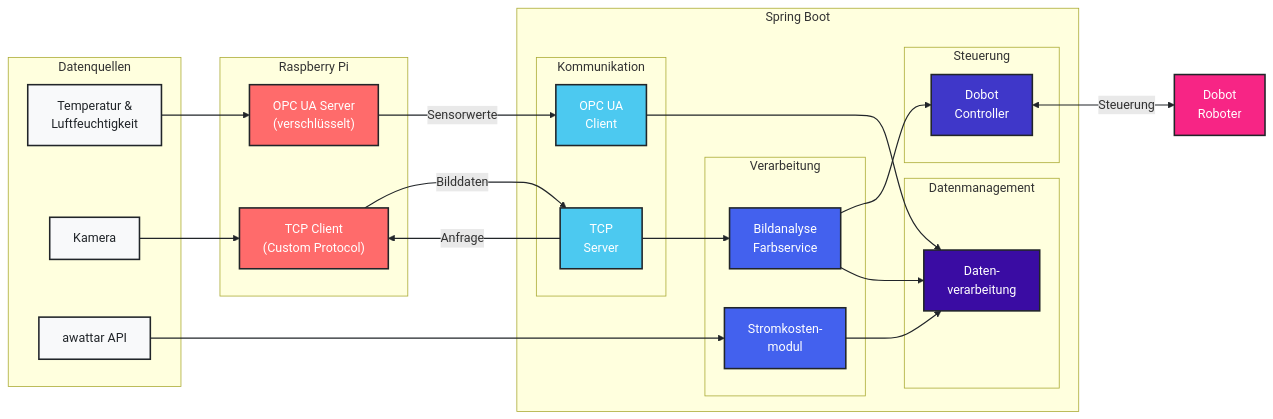
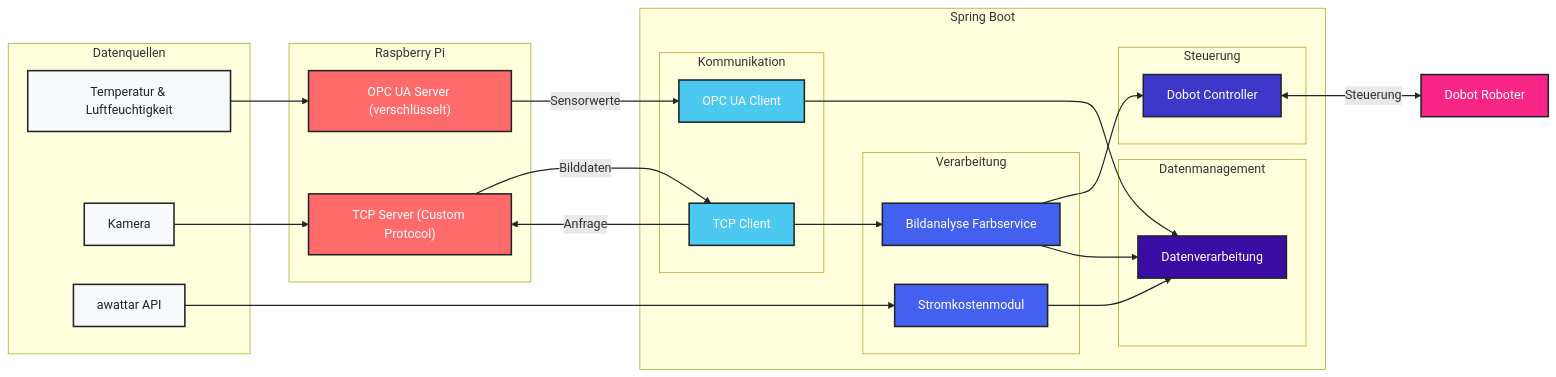
The third of 3 diagrams in docs/02_Systemarchitektur.md (MEscape/die-macher), drawn with Mermaid before and after one commit. The commit also changed other lines of this file and 13 other files, not shown here.

````diff
--- a/docs/02_Systemarchitektur.md
+++ b/docs/02_Systemarchitektur.md
@@ -136,73 +136,73 @@
 ```mermaid
 flowchart LR
     %% Klarere Struktur mit Betonung auf Datenflüssen
     
     %% Datenquellen als dedizierte Gruppe
     subgraph INPUT["Datenquellen"]
-        SENS["Temperatur &\nLuftfeuchtigkeit"]:::source
+        SENS["Temperatur & Luftfeuchtigkeit"]:::source
         CAM["Kamera"]:::source
         AWAPI["awattar API"]:::source
     end
     
     %% Raspberry Pi Komponenten
     subgraph RPI["Raspberry Pi"]
-        RPI_OPC["OPC UA Server\n(verschlüsselt)"]:::rpi
-        RPI_TCP["TCP Client\n(Custom Protocol)"]:::rpi
+        RPI_OPC["OPC UA Server (verschlüsselt)"]:::rpi
+        RPI_TCP["TCP Server (Custom Protocol)"]:::rpi
         
         SENS --> RPI_OPC
         CAM --> RPI_TCP
     end
     
     %% Spring Boot Komponenten
     subgraph SB["Spring Boot"]
         %% Unterteilung in logische Module
         subgraph COMM["Kommunikation"]
-            SB_OPC["OPC UA\nClient"]:::sb_comm
-            SB_TCP["TCP\nServer"]:::sb_comm
+            SB_OPC["OPC UA Client"]:::sb_comm
+            SB_TCP["TCP Client"]:::sb_comm
         end
         
         subgraph PROC["Verarbeitung"]
-            SB_IMG["Bildanalyse\nFarbservice"]:::sb_proc
-            SB_COST["Stromkosten-\nmodul"]:::sb_proc
+            SB_IMG["Bildanalyse Farbservice"]:::sb_proc
+            SB_COST["Stromkostenmodul"]:::sb_proc
         end
         
         subgraph CTRL["Steuerung"]
-            SB_ROB["Dobot\nController"]:::sb_ctrl
+            SB_ROB["Dobot Controller"]:::sb_ctrl
         end
         
         subgraph DATA["Datenmanagement"]
-            SB_FWD["Daten-\nverarbeitung"]:::sb_data
+            SB_FWD["Datenverarbeitung"]:::sb_data
         end
         
         %% Interne Verbindungen
         SB_TCP --> SB_IMG
         SB_IMG --> SB_ROB
         SB_IMG --> SB_FWD
         SB_OPC --> SB_FWD
         SB_COST --> SB_FWD
         
         %% awattar Verbindung
         AWAPI --> SB_COST
     end
     
     %% Externe Systeme
-    DOBOT["Dobot\nRoboter"]:::external
+    DOBOT["Dobot Roboter"]:::external
     
     %% Hauptdatenflüsse zwischen Systemen
     RPI_OPC -->|"Sensorwerte"| SB_OPC
     RPI_TCP -->|"Bilddaten"| SB_TCP
     SB_TCP -->|"Anfrage"| RPI_TCP
     SB_ROB <-->|"Steuerung"| DOBOT
     
     %% Verbesserte Farbcodierung
     classDef source fill:#F8F9FA,stroke:#212529,stroke-width:2px,color:#212529
     classDef rpi fill:#FF6B6B,stroke:#212529,stroke-width:2px,color:white
     classDef sb_comm fill:#4CC9F0,stroke:#212529,stroke-width:2px,color:white
     classDef sb_proc fill:#4361EE,stroke:#212529,stroke-width:2px,color:white
     classDef sb_ctrl fill:#3F37C9,stroke:#212529,stroke-width:2px,color:white
     classDef sb_data fill:#3A0CA3,stroke:#212529,stroke-width:2px,color:white
     classDef external fill:#F72585,stroke:#212529,stroke-width:2px,color:white
     
     %% Linkstile für verschiedene Verbindungstypen
     linkStyle default stroke:#212529,stroke-width:1.5px
 ```
````
